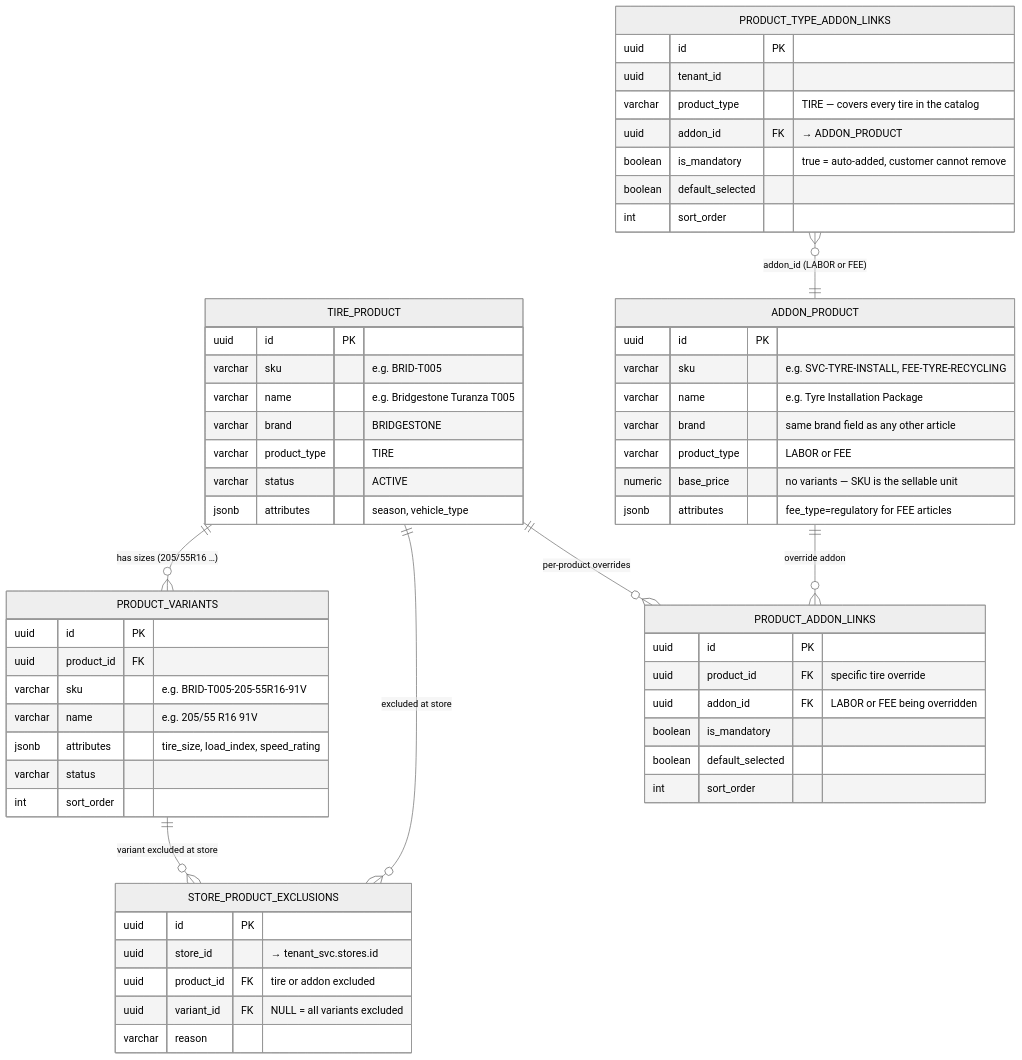
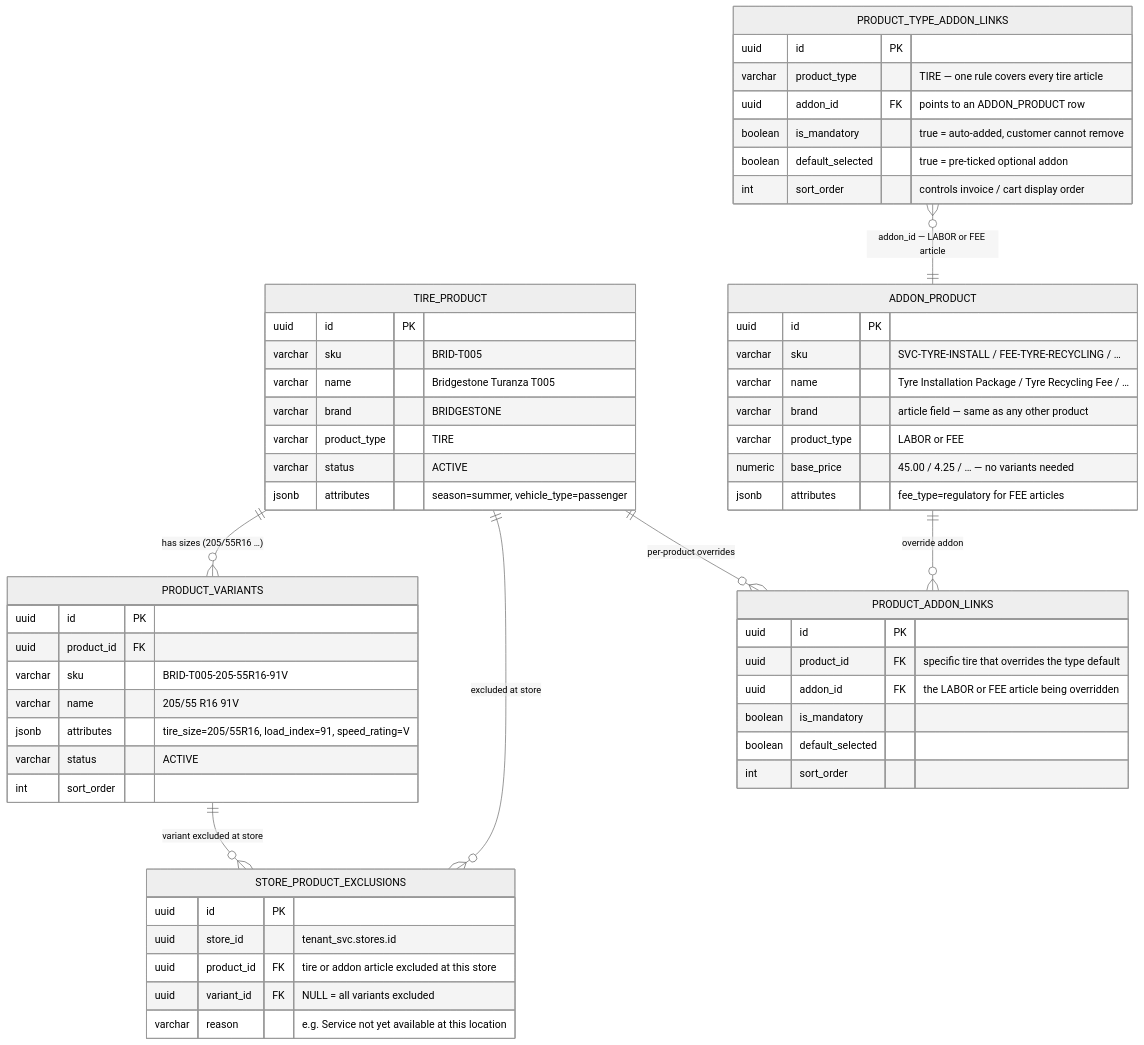
Before and after one commit to sumitjuyal/ecommerce-platform: the first of 2 diagrams in eComm/eCommDataModel/catalog-domain.md, drawn with Mermaid (neutral theme). The commit also changed other lines of this file, not shown here.

First line of the commit message:
Merge real-world example into Tire Package table diagram section

````diff
--- a/eComm/eCommDataModel/catalog-domain.md
+++ b/eComm/eCommDataModel/catalog-domain.md
@@ -100,67 +102,66 @@
 ```mermaid
 erDiagram
 
-  TIRE_PRODUCT ||--o{ PRODUCT_VARIANTS            : "has sizes (205/55R16 …)"
-  TIRE_PRODUCT ||--o{ STORE_PRODUCT_EXCLUSIONS    : "excluded at store"
+  TIRE_PRODUCT ||--o{ PRODUCT_VARIANTS             : "has sizes (205/55R16 …)"
+  TIRE_PRODUCT ||--o{ STORE_PRODUCT_EXCLUSIONS     : "excluded at store"
   PRODUCT_VARIANTS ||--o{ STORE_PRODUCT_EXCLUSIONS : "variant excluded at store"
-  PRODUCT_TYPE_ADDON_LINKS }o--|| ADDON_PRODUCT   : "addon_id (LABOR or FEE)"
-  TIRE_PRODUCT ||--o{ PRODUCT_ADDON_LINKS         : "per-product overrides"
-  ADDON_PRODUCT ||--o{ PRODUCT_ADDON_LINKS        : "override addon"
+  PRODUCT_TYPE_ADDON_LINKS }o--|| ADDON_PRODUCT    : "addon_id — LABOR or FEE article"
+  TIRE_PRODUCT ||--o{ PRODUCT_ADDON_LINKS          : "per-product overrides"
+  ADDON_PRODUCT ||--o{ PRODUCT_ADDON_LINKS         : "override addon"
 
   TIRE_PRODUCT {
     uuid    id PK
-    varchar sku           "e.g. BRID-T005"
-    varchar name          "e.g. Bridgestone Turanza T005"
+    varchar sku           "BRID-T005"
+    varchar name          "Bridgestone Turanza T005"
     varchar brand         "BRIDGESTONE"
     varchar product_type  "TIRE"
     varchar status        "ACTIVE"
-    jsonb   attributes    "season, vehicle_type"
+    jsonb   attributes    "season=summer, vehicle_type=passenger"
   }
 
   PRODUCT_VARIANTS {
     uuid    id PK
     uuid    product_id FK
-    varchar sku           "e.g. BRID-T005-205-55R16-91V"
-    varchar name          "e.g. 205/55 R16 91V"
-    jsonb   attributes    "tire_size, load_index, speed_rating"
-    varchar status
+    varchar sku           "BRID-T005-205-55R16-91V"
+    varchar name          "205/55 R16 91V"
+    jsonb   attributes    "tire_size=205/55R16, load_index=91, speed_rating=V"
+    varchar status        "ACTIVE"
     int     sort_order
   }
 
   PRODUCT_TYPE_ADDON_LINKS {
     uuid    id PK
-    uuid    tenant_id
-    varchar product_type  "TIRE — covers every tire in the catalog"
-    uuid    addon_id FK   "→ ADDON_PRODUCT"
+    varchar product_type  "TIRE — one rule covers every tire article"
+    uuid    addon_id FK   "points to an ADDON_PRODUCT row"
     boolean is_mandatory  "true = auto-added, customer cannot remove"
-    boolean default_selected
-    int     sort_order
+    boolean default_selected "true = pre-ticked optional addon"
+    int     sort_order    "controls invoice / cart display order"
   }
 
   ADDON_PRODUCT {
     uuid    id PK
-    varchar sku           "e.g. SVC-TYRE-INSTALL, FEE-TYRE-RECYCLING"
-    varchar name          "e.g. Tyre Installation Package"
-    varchar brand         "same brand field as any other article"
+    varchar sku           "SVC-TYRE-INSTALL / FEE-TYRE-RECYCLING / …"
+    varchar name          "Tyre Installation Package / Tyre Recycling Fee / …"
+    varchar brand         "article field — same as any other product"
     varchar product_type  "LABOR or FEE"
-    numeric base_price    "no variants — SKU is the sellable unit"
+    numeric base_price    "45.00 / 4.25 / … — no variants needed"
     jsonb   attributes    "fee_type=regulatory for FEE articles"
   }
 
   PRODUCT_ADDON_LINKS {
     uuid    id PK
-    uuid    product_id FK "specific tire override"
-    uuid    addon_id FK   "LABOR or FEE being overridden"
+    uuid    product_id FK "specific tire that overrides the type default"
+    uuid    addon_id FK   "the LABOR or FEE article being overridden"
     boolean is_mandatory
     boolean default_selected
     int     sort_order
   }
 
   STORE_PRODUCT_EXCLUSIONS {
     uuid    id PK
-    uuid    store_id      "→ tenant_svc.stores.id"
-    uuid    product_id FK "tire or addon excluded"
+    uuid    store_id      "tenant_svc.stores.id"
+    uuid    product_id FK "tire or addon article excluded at this store"
     uuid    variant_id FK "NULL = all variants excluded"
-    varchar reason
+    varchar reason        "e.g. Service not yet available at this location"
   }
 ```
````
